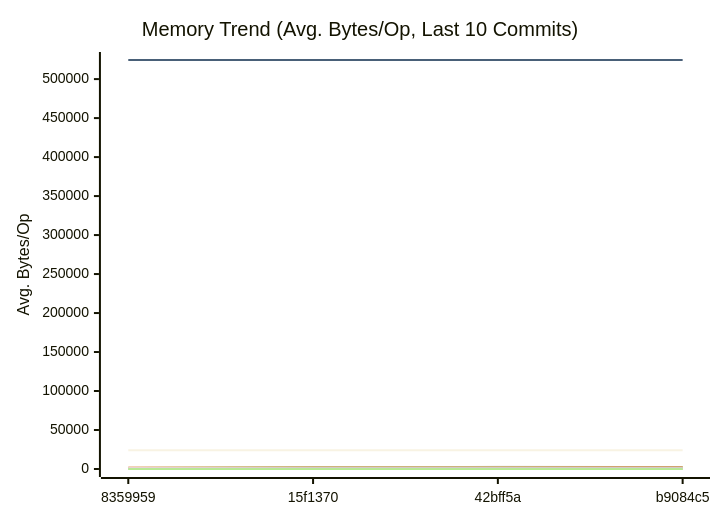
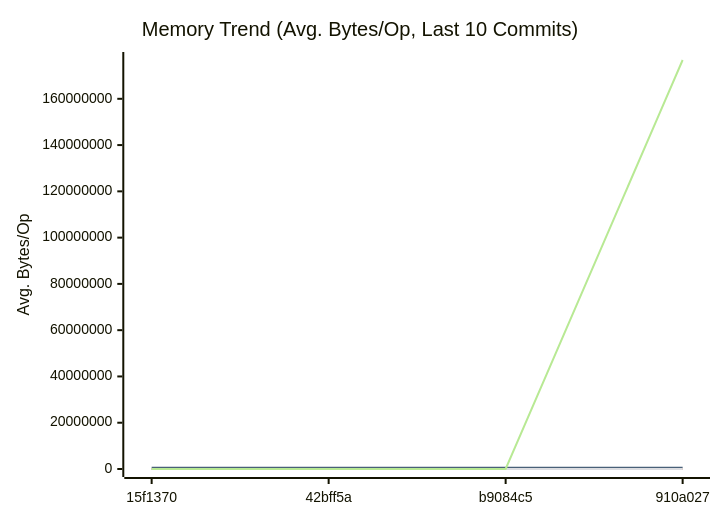
The second of 3 diagrams in docs/REFERENCE/PERFORMANCE.md (alsotoes/momo), drawn with Mermaid before and after one commit. The commit also changed other lines of this file and 2 other files, not shown here.

````diff
--- a/docs/REFERENCE/PERFORMANCE.md
+++ b/docs/REFERENCE/PERFORMANCE.md
@@ -403,62 +403,62 @@
 ```mermaid
 xychart-beta
     title "Memory Trend (Avg. Bytes/Op, Last 10 Commits)"
     x-axis "Commit"
     y-axis "Avg. Bytes/Op"
-    x-axis [8359959,15f1370,42bff5a,b9084c5]
+    x-axis [15f1370,42bff5a,b9084c5,910a027]
     line "AdaptivePutBlob64KiB" [0,0,0,0,0,0,0,0,0,0]
-    line "AWSChunkedReaderSigned" [80,121,164,135,133,150,155,160,117,118]
-    line "AWSChunkedReaderUnsigned" [68,164,167,144,147,135,162,150,143,128]
+    line "AWSChunkedReaderSigned" [121,164,135,133,150,155,160,117,118,87]
+    line "AWSChunkedReaderUnsigned" [164,167,144,147,135,162,150,143,128,97]
     line "CheckMetricsAndSwap" [0,0,0,0,0,0,0,0,0,0]
     line "CrushOptimized" [0,0,0,0,0,0,0,0,0,0]
     line "CrushOriginal" [164,164,164,164,164,164,164,164,164,164]
     line "EtagMatches" [0,0,0,0,0,0,0,0,0,0]
-    line "EtagMatchesSplit" [0,80,80,80,80,80,80,80,80,80]
-    line "FormatListObjectsV2XML_AppendFormat" [524495,524440,524428,524439,524437,524438,524432,524436,524438,524454]
+    line "EtagMatchesSplit" [80,80,80,80,80,80,80,80,80,80]
+    line "FormatListObjectsV2XML_AppendFormat" [524440,524428,524439,524437,524438,524432,524436,524438,524454,524456]
     line "FormatListObjectsV2XML_OldFormat" [24000,24000,24000,24000,24000,24000,24000,24000,24000,24000]
-    line "HashBytes/1MiB" [173,283,349,298,240,221,363,321,265,256]
-    line "HashBytes/256MiB" [168,326,369,344,262,277,280,351,285,231]
-    line "HashBytes/64MiB" [144,332,335,346,235,309,322,315,284,227]
-    line "HashFile/1MiB" [173,285,353,269,213,266,304,294,250,300]
-    line "HashFile/256MiB" [172,268,363,269,339,261,285,328,279,256]
-    line "HashFile/64MiB" [200,280,307,277,252,272,252,324,259,223]
+    line "HashBytes/1MiB" [283,349,298,240,221,363,321,265,256,243]
+    line "HashBytes/256MiB" [326,369,344,262,277,280,351,285,231,198]
+    line "HashBytes/64MiB" [332,335,346,235,309,322,315,284,227,198]
+    line "HashFile/1MiB" [285,353,269,213,266,304,294,250,300,201]
+    line "HashFile/256MiB" [268,363,269,339,261,285,328,279,256,227]
+    line "HashFile/64MiB" [280,307,277,252,272,252,324,259,223,217]
     line "IndexDirectTracking" [0,0,0,0,0,0,0,0,0,0]
     line "IndexSearch" [0,0,0,0,0,0,0,0,0,0]
     line "LastModifiedHeader_AppendFormat" [0,0,0,0,0,0,0,0,0,0]
     line "LastModifiedHeader_Format" [32,32,32,32,32,32,32,32,32,32]
     line "ListPartsTime_AppendFormat" [0,0,0,0,0,0,0,0,0,0]
-    line "ListPartsTime_Format" [0,24,24,24,24,24,24,24,24,24]
+    line "ListPartsTime_Format" [24,24,24,24,24,24,24,24,24,24]
     line "LoadGlobalConfig" [1976,1976,1976,1976,1976,1976,1976,1976,1976,1976]
-    line "LocalWrite/1MiB" [1110,1037,3019,2387,1992,2283,2561,2155,1366,1749]
-    line "LocalWrite/256MiB" [1440,2294,2216,2543,2230,2488,2363,2309,2502,2271]
-    line "LocalWrite/64MiB" [1520,2211,2395,2614,2422,2575,1905,2611,2093,2213]
+    line "LocalWrite/1MiB" [1037,3019,2387,1992,2283,2561,2155,1366,1749,1745]
+    line "LocalWrite/256MiB" [2294,2216,2543,2230,2488,2363,2309,2502,2271,1769]
+    line "LocalWrite/64MiB" [2211,2395,2614,2422,2575,1905,2611,2093,2213,1758]
     line "PadString" [64,64,64,64,64,64,64,64,64,64]
     line "ParseACLResource_IndexByte" [0,0,0,0,0,0,0,0,0,0]
     line "ParseACLResource_Split" [0,0,0,0,0,0,0,0,0,0]
     line "ParseAWSChunkHeader" [0,0,0,0,0,0,0,0,0,0]
     line "ParseChecksum" [0,0,0,0,0,0,0,0,0,0]
-    line "ParseChecksumDynamicBaseline" [0,0,0,0,96,96,96,96,96,96]
+    line "ParseChecksumDynamicBaseline" [0,0,0,96,96,96,96,96,96,96]
     line "ParseReplicationOrder_NoPrealloc" [408,408,408,408,408,248,248,248,248,248]
     line "ParseReplicationOrder_Prealloc" [240,240,240,240,240,80,80,80,80,80]
     line "PheromoneSelectReplica" [0,0,0,0,0,0,0,0,0,0]
-    line "PickShedTarget" [0,0,0,0,176,176,176,176,176,176]
+    line "PickShedTarget" [0,0,0,176,176,176,176,176,176,176]
     line "Placement" [352,352,352,352,352,352,352,352,352,352]
     line "PlacementDomainSpread" [352,352,352,352,352,352,352,352,352,352]
-    line "ReadVerify/1MiB" [186,315,233,338,301,243,306,221,232,226]
-    line "ReadVerify/256MiB" [158,259,344,329,250,277,285,261,282,297]
-    line "ReadVerify/64MiB" [174,304,251,330,257,226,299,236,309,236]
+    line "ReadVerify/1MiB" [315,233,338,301,243,306,221,232,226,189]
+    line "ReadVerify/256MiB" [259,344,329,250,277,285,261,282,297,214]
+    line "ReadVerify/64MiB" [304,251,330,257,226,299,236,309,236,242]
     line "RebalanceCycle/blobs=100" [0,0,0,0,0,0,0,0,0,0]
     line "RebalanceCycle/blobs=1000" [0,0,0,0,0,0,0,0,0,0]
-    line "S3PutSpool/1MiB" [154,208,229,223,270,265,305,224,239,209]
-    line "S3PutSpool/256MiB" [148,235,278,213,226,252,268,197,243,198]
-    line "S3PutSpool/64MiB" [137,169,165,248,245,200,262,239,246,203]
+    line "S3PutSpool/1MiB" [208,229,223,270,265,305,224,239,209,191]
+    line "S3PutSpool/256MiB" [235,278,213,226,252,268,197,243,198,200]
+    line "S3PutSpool/64MiB" [169,165,248,245,200,262,239,246,203,196]
     line "SanitizeLog/Safe" [0,0,0,0,0,0,0,0,0,0]
     line "SanitizeLog/Unsafe" [704,704,704,704,704,704,704,704,704,704]
-    line "TrustedRead/1MiB" [142,228,337,230,208,228,288,260,208,279]
-    line "TrustedRead/256MiB" [167,293,307,202,271,257,267,241,265,244]
-    line "TrustedRead/64MiB" [169,215,297,254,241,250,298,263,220,285]
+    line "TrustedRead/1MiB" [228,337,230,208,228,288,260,208,279,191]
+    line "TrustedRead/256MiB" [293,307,202,271,257,267,241,265,244,194]
+    line "TrustedRead/64MiB" [215,297,254,241,250,298,263,220,285,203]
     line "VolumeGetBlob64KiB" [0,0,0,0,0,0,0,0,0,0]
     line "VolumePutBlob64KiB" [0,0,0,0,0,0,0,0,0,0]
-    line "WriteThrottled/throttled-10Gbps" [0,0,0,0,1419,1419,1419,1419,1419,1419]
-    line "WriteThrottled/unlimited" [0,0,0,0,176770000,186164000,187511000,194997000,182074000,169675000]
+    line "WriteThrottled/throttled-10Gbps" [0,0,0,1419,1419,1419,1419,1419,1419,1419]
+    line "WriteThrottled/unlimited" [0,0,0,176770000,186164000,187511000,194997000,182074000,169675000,117793000]
 ```
````
